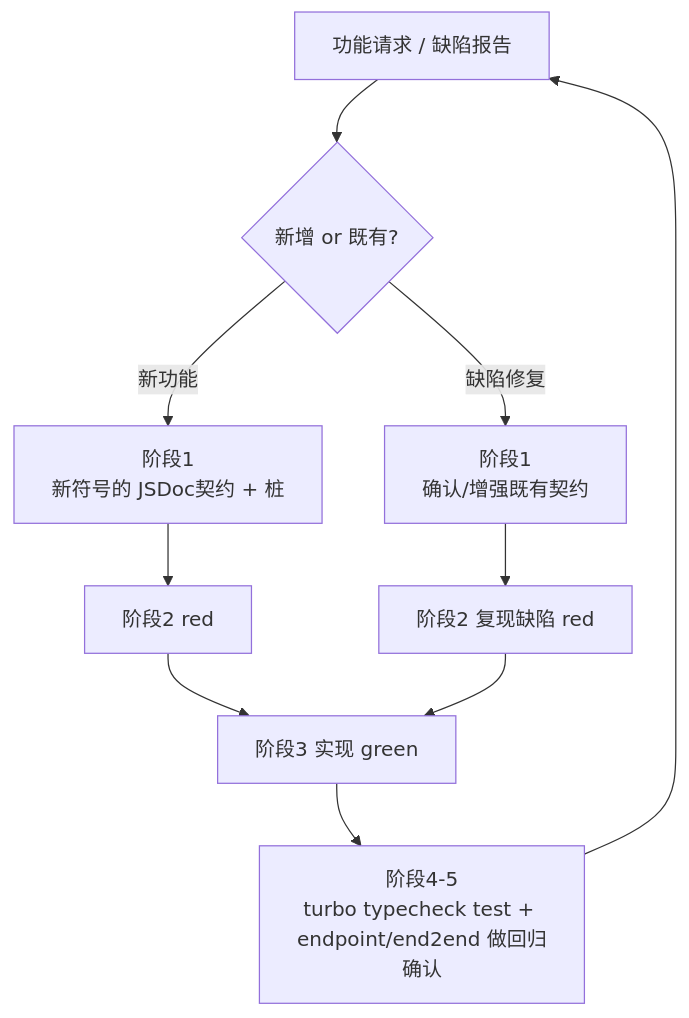
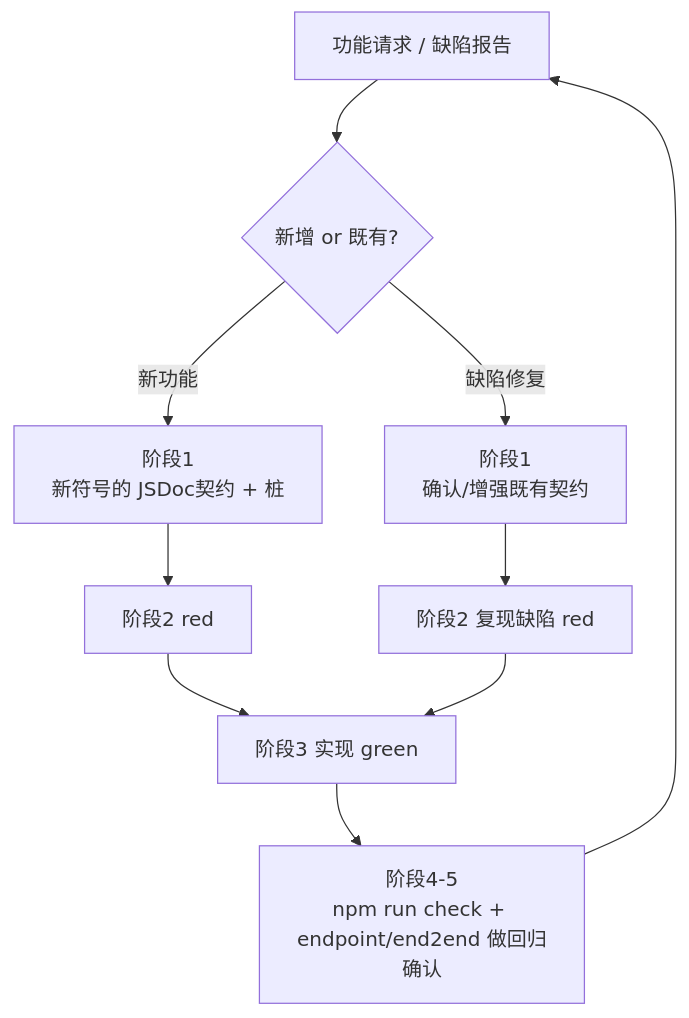
The second of 2 diagrams in skills/supa-tdd/SKILL.md (magcen-zone/supadevops), drawn with Mermaid before and after one commit. The commit also changed other lines of this file and 9 other files, not shown here.

First line of the commit message:
feat(v0.7.0): turborepo 依存を除去し npm workspaces(npm run check)に一本化

````diff
--- a/skills/supa-tdd/SKILL.md
+++ b/skills/supa-tdd/SKILL.md
@@ -193,12 +193,12 @@
 ```mermaid
 flowchart TD
     REQ["功能请求 / 缺陷报告"] --> K{"新增 or 既有?"}
     K -->|新功能| NEW["阶段1<br/>新符号的 JSDoc契约 + 桩"]
     K -->|缺陷修复| FIX["阶段1<br/>确认/增强既有契约"]
     NEW --> T["阶段2 red"]
     FIX --> T2["阶段2 复现缺陷 red"]
     T --> IMP["阶段3 实现 green"]
     T2 --> IMP
-    IMP --> REG["阶段4-5<br/>turbo typecheck test + endpoint/end2end 做回归确认"]
+    IMP --> REG["阶段4-5<br/>npm run check + endpoint/end2end 做回归确认"]
     REG --> REQ
 ```
````
